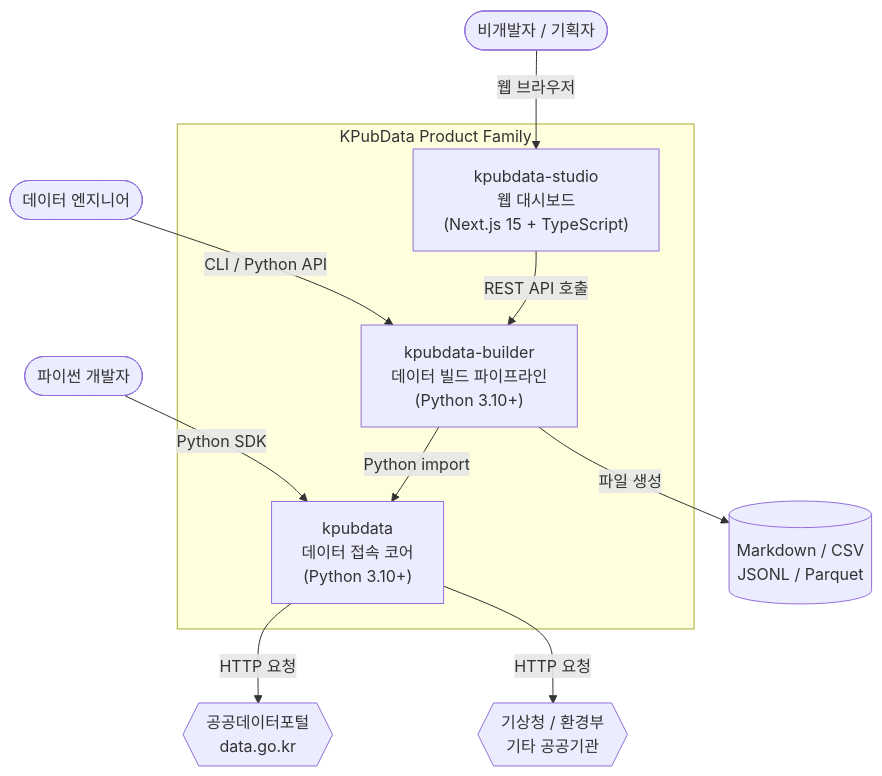
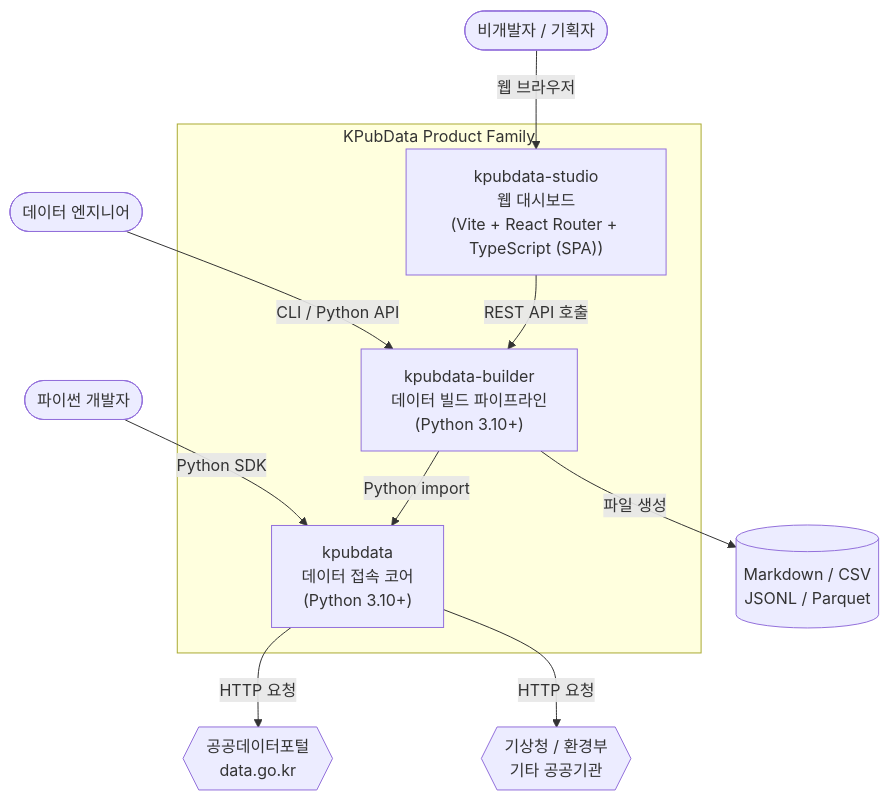
Before and after one commit to yeongseon/kpubdata: the first of 5 diagrams in docs/product-family-architecture.md, drawn with Mermaid. The commit also changed other lines of this file, not shown here.

First line of the commit message:
docs: update product-family architecture for Vite+React Router stack

````diff
--- a/docs/product-family-architecture.md
+++ b/docs/product-family-architecture.md
@@ -48,19 +48,19 @@
 ```mermaid
 graph TD
     U1([비개발자 / 기획자]) -->|웹 브라우저| Studio
     U2([데이터 엔지니어]) -->|CLI / Python API| Builder
     U3([파이썬 개발자]) -->|Python SDK| Core
 
     subgraph "KPubData Product Family"
-        Studio["kpubdata-studio<br/>웹 대시보드<br/>(Next.js 15 + TypeScript)"]
+        Studio["kpubdata-studio<br/>웹 대시보드<br/>(Vite + React Router + TypeScript (SPA))"]
         Builder["kpubdata-builder<br/>데이터 빌드 파이프라인<br/>(Python 3.10+)"]
         Core["kpubdata<br/>데이터 접속 코어<br/>(Python 3.10+)"]
     end
 
     Studio -->|"REST API 호출"| Builder
     Builder -->|"Python import"| Core
     Core -->|"HTTP 요청"| API1{{공공데이터포털<br/>data.go.kr}}
     Core -->|"HTTP 요청"| API2{{기상청 / 환경부<br/>기타 공공기관}}
 
     Builder -->|"파일 생성"| Output[(Markdown / CSV<br/>JSONL / Parquet)]
 ```
````
